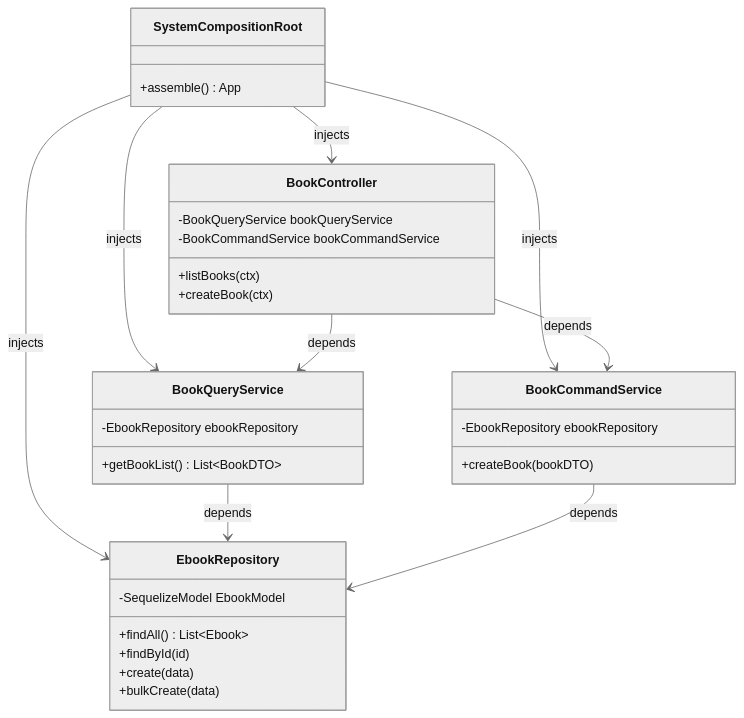
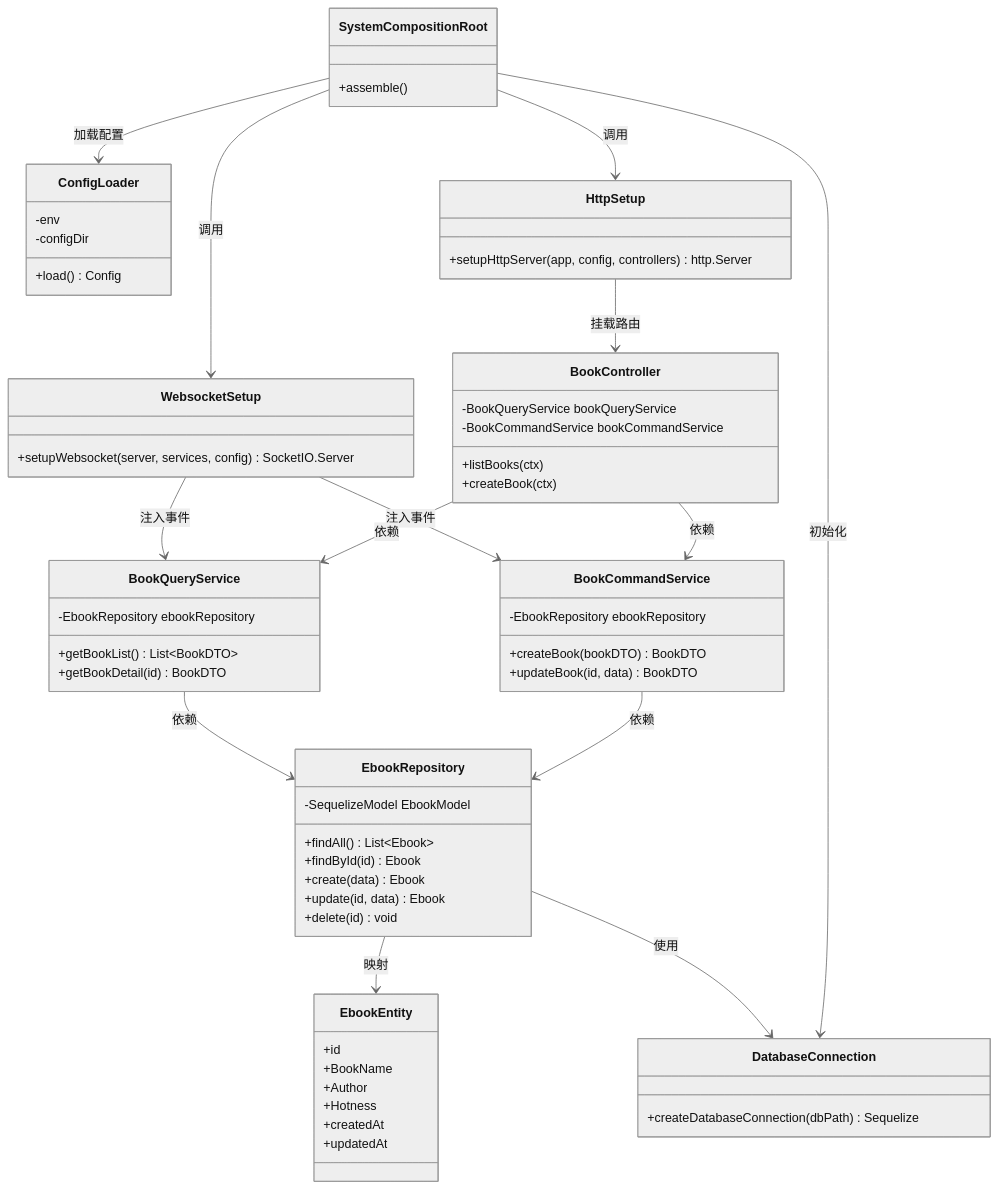
One commit to EbookWorkshop/Api-v4 changed the diagram in docs/class-diagram.mmd. Above: the diagram before and after it, drawn with Mermaid (neutral theme). The commit also changed 6 other files, not shown here.

```diff
--- a/docs/class-diagram.mmd
+++ b/docs/class-diagram.mmd
@@ -1,38 +1,75 @@
 classDiagram
     class BookController {
         -BookQueryService bookQueryService
         -BookCommandService bookCommandService
         +listBooks(ctx)
         +createBook(ctx)
     }
 
     class BookQueryService {
         -EbookRepository ebookRepository
         +getBookList() List~BookDTO~
+        +getBookDetail(id) BookDTO
     }
 
     class BookCommandService {
         -EbookRepository ebookRepository
-        +createBook(bookDTO)
+        +createBook(bookDTO) BookDTO
+        +updateBook(id, data) BookDTO
     }
 
     class EbookRepository {
         -SequelizeModel EbookModel
         +findAll() List~Ebook~
-        +findById(id)
-        +create(data)
-        +bulkCreate(data)
+        +findById(id) Ebook
+        +create(data) Ebook
+        +update(id, data) Ebook
+        +delete(id) void
+    }
+
+    class EbookEntity {
+        +id
+        +BookName
+        +Author
+        +Hotness
+        +createdAt
+        +updatedAt
+    }
+
+    class ConfigLoader {
+        -env
+        -configDir
+        +load() Config
+    }
+
+    class DatabaseConnection {
+        +createDatabaseConnection(dbPath) Sequelize
     }
 
     class SystemCompositionRoot {
-        +assemble() App
+        +assemble()
     }
 
-    SystemCompositionRoot --> BookController : injects
-    SystemCompositionRoot --> BookQueryService : injects
-    SystemCompositionRoot --> BookCommandService : injects
-    SystemCompositionRoot --> EbookRepository : injects
-    BookController --> BookQueryService : depends
-    BookController --> BookCommandService : depends
-    BookQueryService --> EbookRepository : depends
-    BookCommandService --> EbookRepository : depends
+    class HttpSetup {
+        +setupHttpServer(app, config, controllers) http.Server
+    }
+
+    class WebsocketSetup {
+        +setupWebsocket(server, services, config) SocketIO.Server
+    }
+
+    SystemCompositionRoot --> HttpSetup : 调用
+    SystemCompositionRoot --> WebsocketSetup : 调用
+    HttpSetup --> BookController : 挂载路由
+    WebsocketSetup --> BookQueryService : 注入事件
+    WebsocketSetup --> BookCommandService : 注入事件
+
+    BookController --> BookQueryService : 依赖
+    BookController --> BookCommandService : 依赖
+    BookQueryService --> EbookRepository : 依赖
+    BookCommandService --> EbookRepository : 依赖
+    EbookRepository --> EbookEntity : 映射
+    EbookRepository --> DatabaseConnection : 使用
+
+    SystemCompositionRoot --> ConfigLoader : 加载配置
+    SystemCompositionRoot --> DatabaseConnection : 初始化
```
